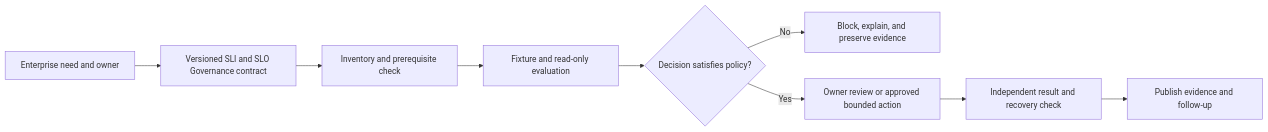
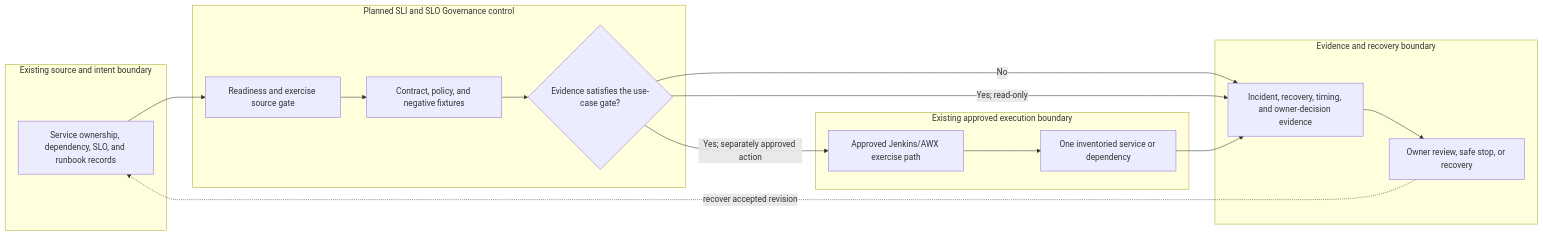
Before and after one commit to MIDHTECH/enterprise-architecture-docs: the diagram in docs/use-cases/resilience/UC-RSO-002-sli-and-slo-governance.md, drawn with Mermaid. The commit also changed other lines of this file and 227 other files, not shown here.

Commit message:
Deepen architecture for all use case designs

````diff
--- a/docs/use-cases/resilience/UC-RSO-002-sli-and-slo-governance.md
+++ b/docs/use-cases/resilience/UC-RSO-002-sli-and-slo-governance.md
@@ -136,11 +129,25 @@
 ```mermaid
 flowchart LR
-    Need["Enterprise need and owner"] --> Contract["Versioned SLI and SLO Governance contract"]
-    Contract --> Preflight["Inventory and prerequisite check"]
-    Preflight --> Evaluate["Fixture and read-only evaluation"]
-    Evaluate --> Decision{"Decision satisfies policy?"}
-    Decision -->|No| Stop["Block, explain, and preserve evidence"]
-    Decision -->|Yes| Review["Owner review or approved bounded action"]
-    Review --> Verify["Independent result and recovery check"]
-    Verify --> Publish["Publish evidence and follow-up"]
+    subgraph Source["Existing source and intent boundary"]
+        A["Service ownership, dependency, SLO, and runbook records"]
+    end
+    subgraph Planned["Planned SLI and SLO Governance control"]
+        B["Readiness and exercise source gate"]
+        C["Contract, policy, and negative fixtures"]
+        D{"Evidence satisfies the use-case gate?"}
+    end
+    subgraph Runtime["Existing approved execution boundary"]
+        E["Approved Jenkins/AWX exercise path"]
+        F["One inventoried service or dependency"]
+    end
+    subgraph Assurance["Evidence and recovery boundary"]
+        G["Incident, recovery, timing, and owner-decision evidence"]
+        H["Owner review, safe stop, or recovery"]
+    end
+
+    A --> B --> C --> D
+    D -->|No| G --> H
+    D -->|Yes; read-only| G
+    D -->|Yes; separately approved action| E --> F --> G
+    H -. recover accepted revision .-> A
 ```
````
